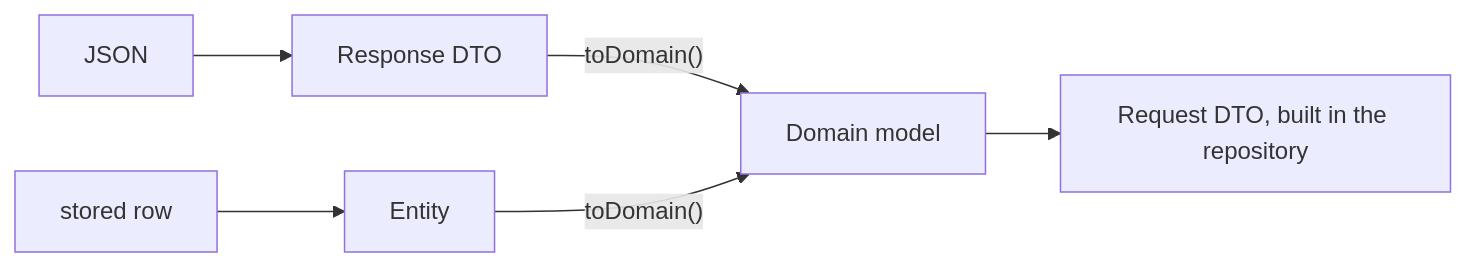
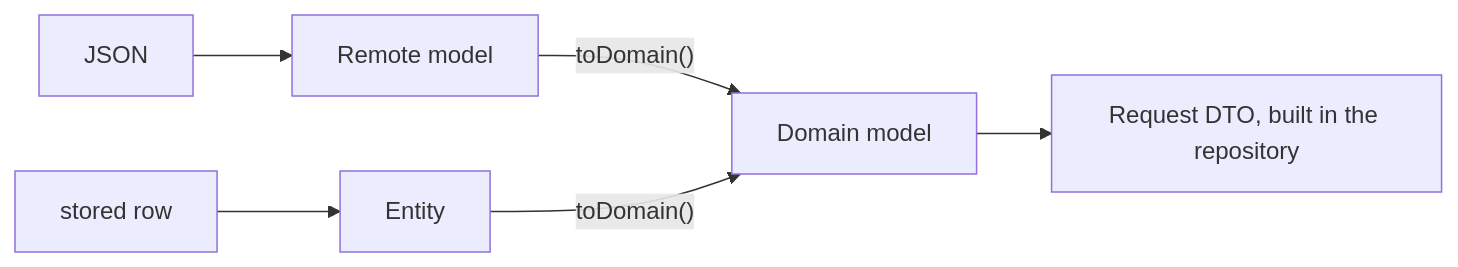
One commit to srctool/sinew changed the diagram in docs/internal/development/guide/02-packages/01-models.mdx. Above: the diagram before and after it, drawn with Mermaid. The commit also changed other lines of this file and 11 other files, not shown here.

````diff
--- a/docs/internal/development/guide/02-packages/01-models.mdx
+++ b/docs/internal/development/guide/02-packages/01-models.mdx
@@ -34,8 +44,8 @@
 ```mermaid
 flowchart LR
-    J["JSON"] --> RD["Response DTO"]
+    J["JSON"] --> RD["Remote model"]
     DB["stored row"] --> EN["Entity"]
     RD -- "toDomain()" --> DM["Domain model"]
     EN -- "toDomain()" --> DM
     DM --> REQ["Request DTO, built in the repository"]
 ```
````
